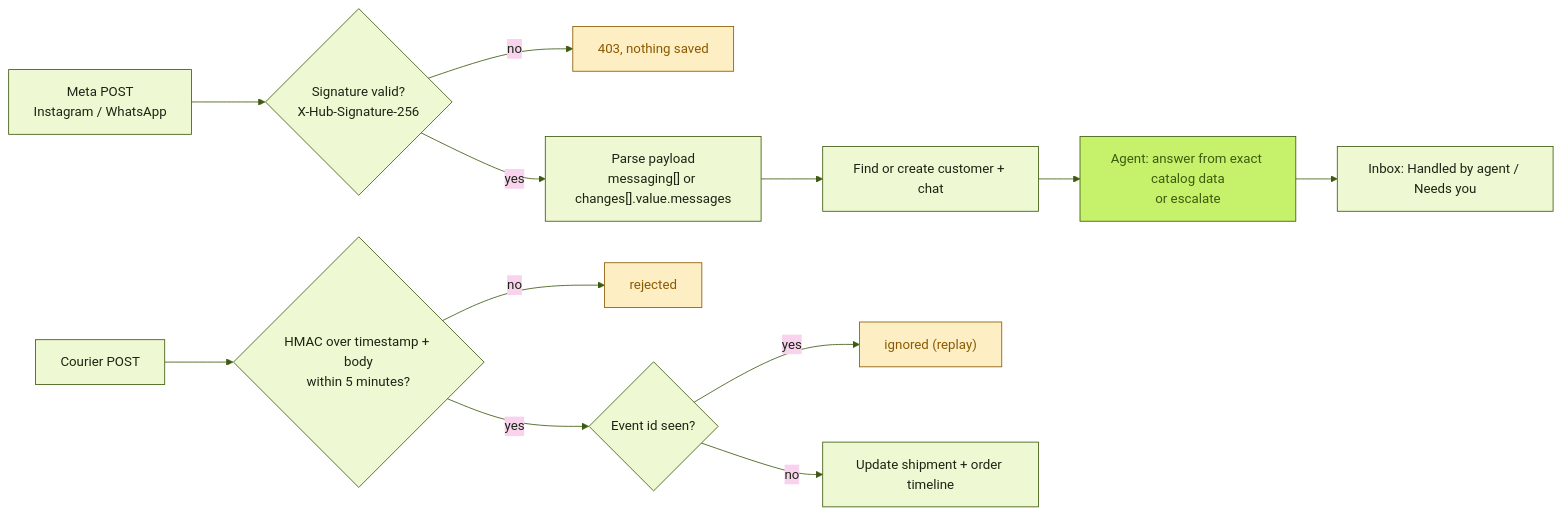
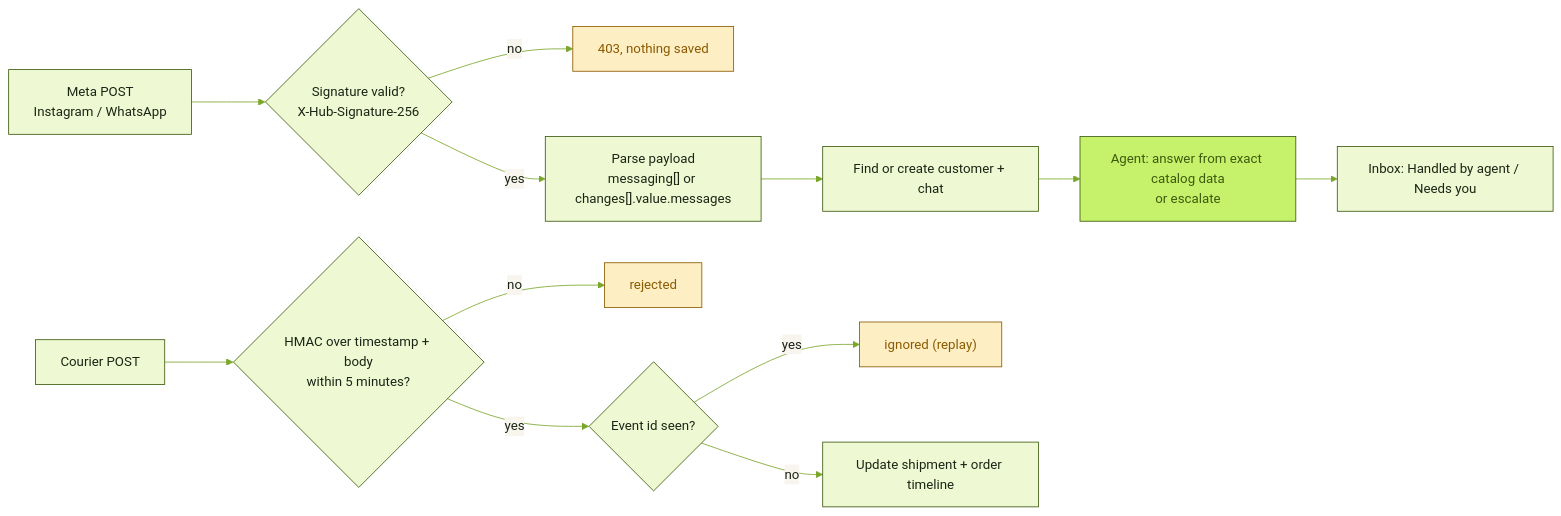
The third of 4 diagrams in README.md (AaliyaKhan25/factor), drawn with Mermaid before and after one commit. The commit also changed other lines of this file, not shown here.

````diff
--- a/README.md
+++ b/README.md
@@ -276,19 +276,19 @@
 ```mermaid
-%%{init: {'theme':'base','themeVariables':{'primaryColor':'#eef9d3','primaryTextColor':'#1c2415','primaryBorderColor':'#3d5a0f','lineColor':'#3d5a0f','fontFamily':'Inter, Segoe UI, sans-serif'}}}%%
+%%{init: {'theme':'base','themeVariables':{'primaryColor':'#eef9d3','primaryTextColor':'#1c2415','primaryBorderColor':'#3d5a0f','secondaryColor':'#f7f5ee','tertiaryColor':'#ffffff','lineColor':'#7aa62a','textColor':'#1c2415','nodeTextColor':'#1c2415','edgeLabelBackground':'#f7f5ee','clusterBkg':'#f7f5ee','clusterBorder':'#3d5a0f','titleColor':'#1c2415','fontFamily':'Inter, Segoe UI, sans-serif'}}}%%
 flowchart LR
   M["Meta POST<br/>Instagram / WhatsApp"] --> V1{"Signature valid?<br/>X-Hub-Signature-256"}
   V1 -- no --> X1["403, nothing saved"]
   V1 -- yes --> P["Parse payload<br/>messaging[] or changes[].value.messages"]
   P --> Cu["Find or create customer + chat"]
   Cu --> Ag["Agent: answer from exact catalog data<br/>or escalate"]
   Ag --> Inbox["Inbox: Handled by agent / Needs you"]
   K["Courier POST"] --> V2{"HMAC over timestamp + body<br/>within 5 minutes?"}
   V2 -- no --> X2["rejected"]
   V2 -- yes --> D{"Event id seen?"}
   D -- yes --> X3["ignored (replay)"]
   D -- no --> T["Update shipment + order timeline"]
   style X1 fill:#fdeec4,color:#8a5a00,stroke:#8a5a00
   style X2 fill:#fdeec4,color:#8a5a00,stroke:#8a5a00
   style X3 fill:#fdeec4,color:#8a5a00,stroke:#8a5a00
   style Ag fill:#c5f26a,color:#3d5a0f,stroke:#3d5a0f
 ```
````
